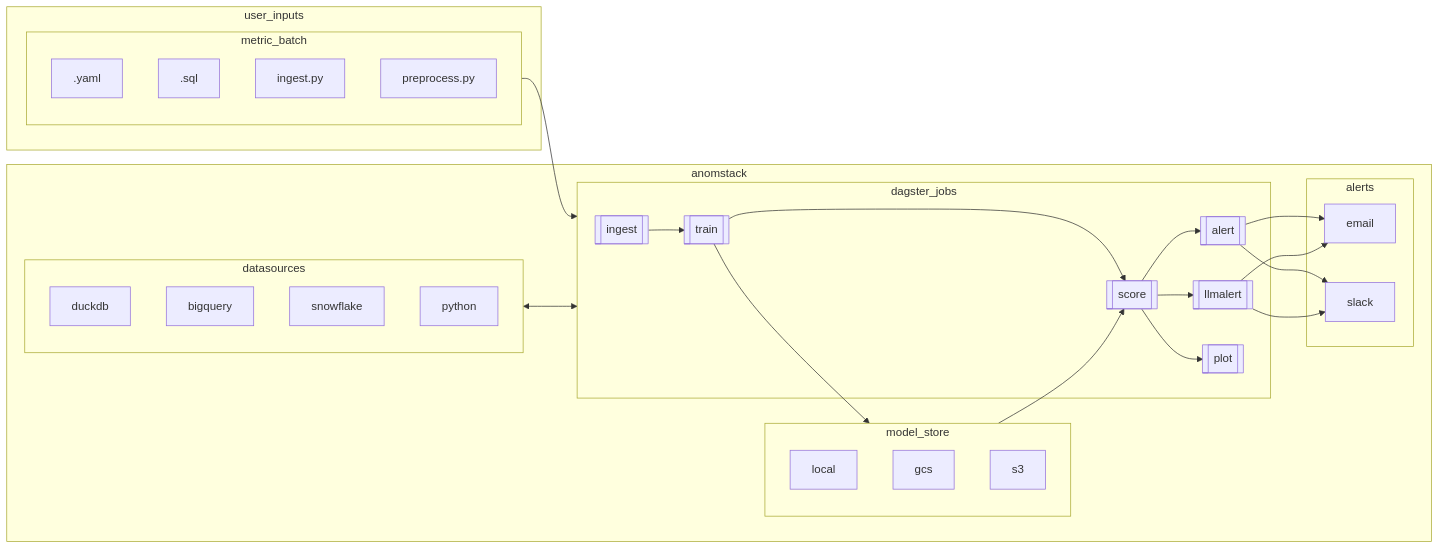
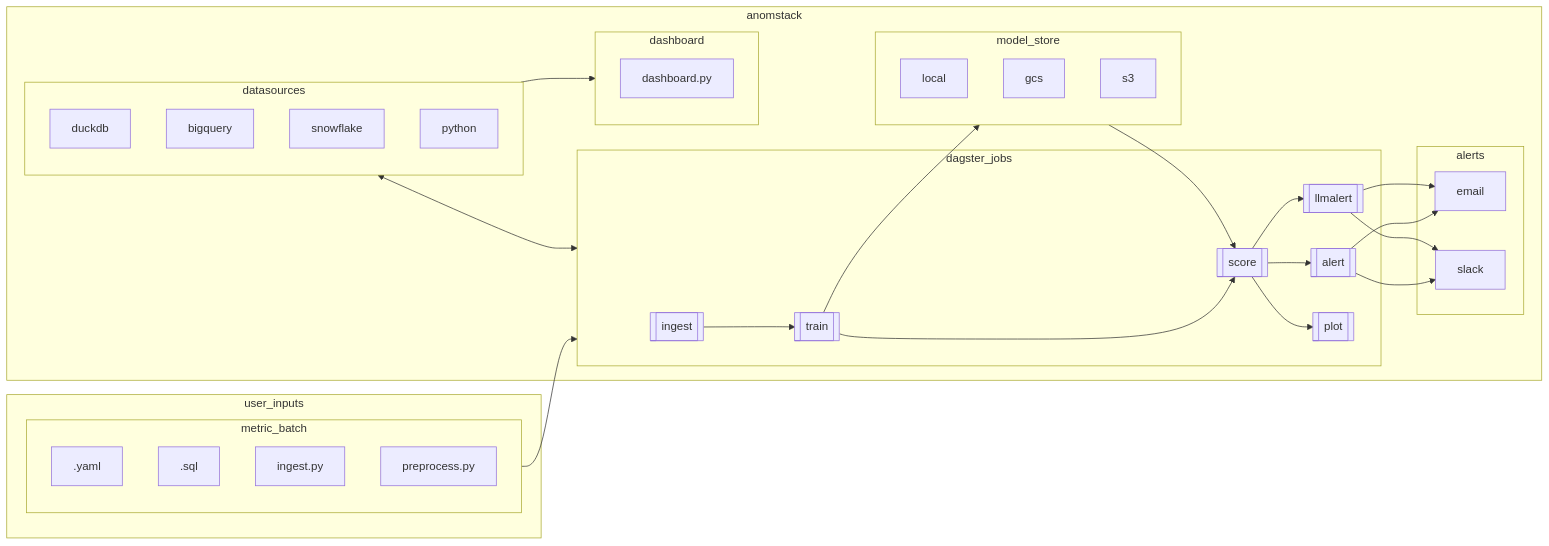
Before and after one commit to andrewm4894/anomstack: the diagram in README.md, drawn with Mermaid.

Commit message:
Add dashboard.py to flowchart

````diff
--- a/README.md
+++ b/README.md
@@ -126,6 +126,7 @@
     alert[[alert]]
     llmalert[[llmalert]]
     plot[[plot]]
+    dashboardpy["dashboard.py"]
 
     subgraph metric_batch
     metric_batch_config
@@ -165,12 +166,17 @@
     model_store
     alerts
     llmalert
+    dashboard
     end
 
     subgraph model_store
     local
     gcs
     s3
+    end
+
+    subgraph dashboard
+    dashboardpy
     end
 
     ingest --> train
@@ -189,5 +195,6 @@
     datasources <--> dagster_jobs
     train --> model_store
     model_store --> score
+    datasources --> dashboard
 
 ```
````
